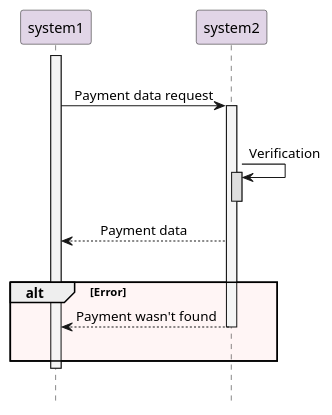
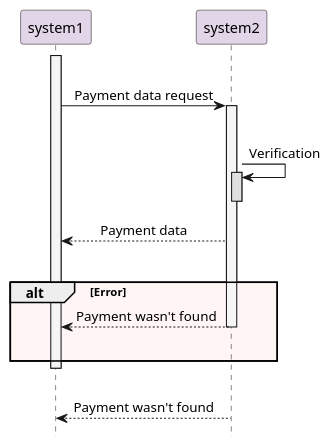
The diagram in docs/diagrams/test_plantuml.puml (rynkovskii/instead_of_a_hundred_test_cases), drawn with PlantUML before and after one commit.

```diff
--- a/docs/diagrams/test_plantuml.puml
+++ b/docs/diagrams/test_plantuml.puml
@@ -1,31 +1,33 @@
 @startuml
 
 hide footbox
 skinparam sequenceMessageAlign center
 
 participant system1 as s1 #E1D5E7
 participant system2 as s2 #E1D5E7
 |||
 
 activate s1 #F5F5F5
 s1 -> s2: Payment data request
 activate s2 #F5F5F5
 |||
 
 s2 -> s2: Verification
 activate s2 #DFDFDF
 deactivate s2
 
 s1 <-- s2: Payment data
 |||
 
 alt #FFF5F5 Error
 s1 <-- s2: Payment wasn't found
 deactivate s2
 |||
 end
 
 deactivate s1
 |||
 
+s1 <-- s2: Payment wasn't found
+
 @enduml
```
